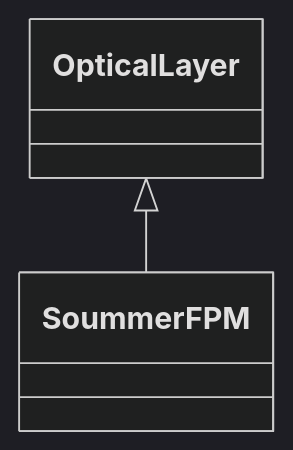
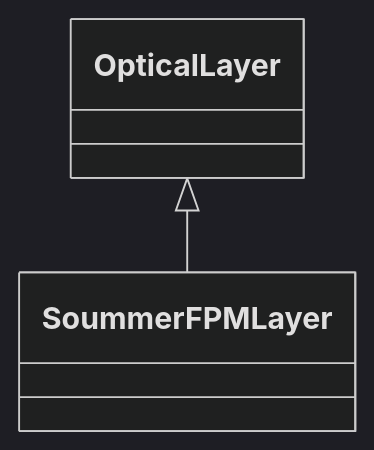
Before and after one commit to LouisDesdoigts/dLux: the first of 5 diagrams in docs/API/layers/overview.md, drawn with Mermaid (dark theme). The commit also changed other lines of this file and 160 other files, not shown here.

````diff
--- a/docs/API/layers/overview.md
+++ b/docs/API/layers/overview.md
@@ -65,7 +11,8 @@
 ```mermaid
 classDiagram
-    class dLux_layers_coronagraphy_SoummerFPM["SoummerFPM"]
+    direction TB
+    class dLux_layers_coronagraphy_SoummerFPMLayer["SoummerFPMLayer"]
     class dLux_layers_optical_OpticalLayer["OpticalLayer"]
-    dLux_layers_optical_OpticalLayer <|-- dLux_layers_coronagraphy_SoummerFPM
-    click dLux_layers_coronagraphy_SoummerFPM href "../coronagraphy/#dLux.layers.coronagraphy.SoummerFPM" "Attributes: optic, propagator · Methods: apply_mono()"
+    dLux_layers_optical_OpticalLayer <|-- dLux_layers_coronagraphy_SoummerFPMLayer
+    click dLux_layers_coronagraphy_SoummerFPMLayer href "../coronagraphy/#dLux.layers.coronagraphy.SoummerFPMLayer" "Attributes: optic, propagator · Methods: __init__(), apply_mono(), return_to_pupil()"
 ```
````
